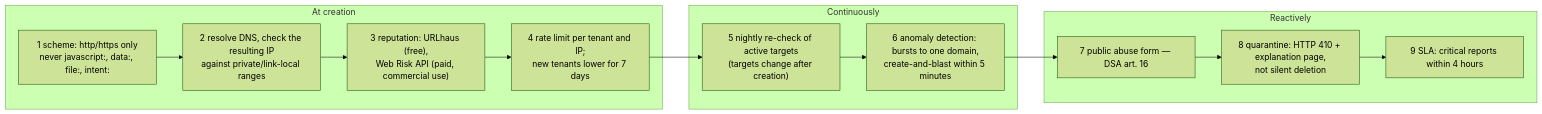
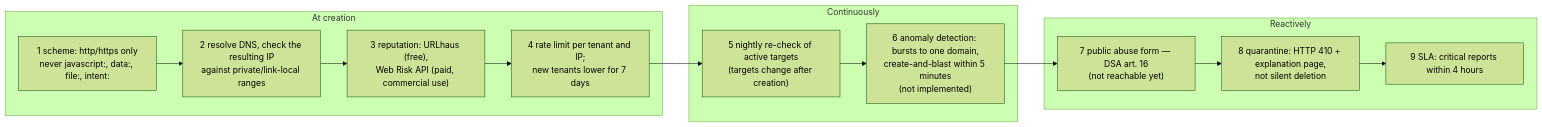
The second of 2 diagrams in docs/compliance/security-overview.md (MAGORS-organisation/Deep-Links-Engine), drawn with Mermaid (forest theme) before and after one commit. The commit also changed other lines of this file and 4 other files, not shown here.

````diff
--- a/docs/compliance/security-overview.md
+++ b/docs/compliance/security-overview.md
@@ -66,16 +66,16 @@
 ```mermaid
 flowchart LR
   subgraph At creation
     A1["1 scheme: http/https only<br/>never javascript:, data:, file:, intent:"] --> A2["2 resolve DNS, check the resulting IP<br/>against private/link-local ranges"]
     A2 --> A3["3 reputation: URLhaus (free),<br/>Web Risk API (paid, commercial use)"]
     A3 --> A4["4 rate limit per tenant and IP;<br/>new tenants lower for 7 days"]
   end
   subgraph Continuously
-    B1["5 nightly re-check of active targets<br/>(targets change after creation)"] --> B2["6 anomaly detection: bursts to one domain,<br/>create-and-blast within 5 minutes"]
+    B1["5 nightly re-check of active targets<br/>(targets change after creation)"] --> B2["6 anomaly detection: bursts to one domain,<br/>create-and-blast within 5 minutes<br/>(not implemented)"]
   end
   subgraph Reactively
-    C1["7 public abuse form — DSA art. 16"] --> C2["8 quarantine: HTTP 410 + explanation page,<br/>not silent deletion"] --> C3["9 SLA: critical reports within 4 hours"]
+    C1["7 public abuse form — DSA art. 16<br/>(not reachable yet)"] --> C2["8 quarantine: HTTP 410 + explanation page,<br/>not silent deletion"] --> C3["9 SLA: critical reports within 4 hours"]
   end
   A4 --> B1
   B2 --> C1
 ```
````
